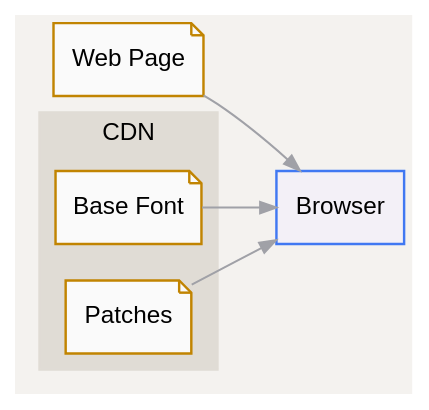
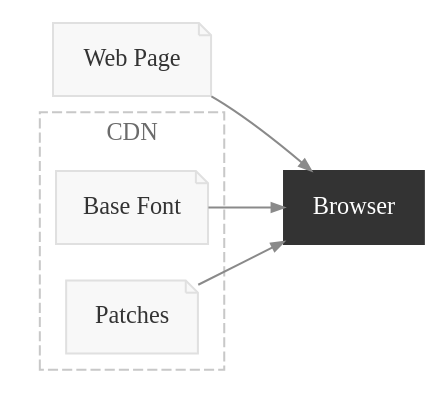
Before and after one commit to wmedrano/wmedrano.dev: the second of 2 diagrams in content/post/2026/04/11/fonts-q1.org, drawn with Graphviz. The commit also changed other lines of this file and 38 other files, not shown here.

```diff
--- a/content/post/2026/04/11/fonts-q1.org
+++ b/content/post/2026/04/11/fonts-q1.org
@@ -203,27 +203,28 @@
 #+BEGIN_SRC dot :file ift-client.svg :exports results
 digraph IFTClient {
   rankdir=LR;
-  bgcolor="#f4f2ef";
-  node [fontname="sans-serif", fontsize=12, style="filled", penwidth=1.2];
-  edge [color="#a0a1a7", arrowsize=0.8];
+  bgcolor="white";
+  // Diagram house style: nodes look like code blocks; the active node is solid ink.
+  node [fontname="Spectral, Georgia, serif", fontsize=12, fontcolor="#333333", style=filled, fillcolor="#f8f8f8", color="#e0e0e0", penwidth=1, margin="0.14,0.06"];
+  edge [color="#8a8a8a", arrowsize=0.6];
 
-  webpage [label="Web Page", shape=note, fillcolor="#fafafa", color="#c18401"];
-  browser [label="Browser", shape=box, style="filled", fillcolor="#f3f0f7", color="#4078f2"];
+  webpage [label="Web Page", shape=note];
+  browser [label="Browser", shape=box, style=filled, fillcolor="#333333", color="#333333", fontcolor="white"];
 
   subgraph cluster_cdn {
     label="CDN";
-    fontname="sans-serif";
+    fontname="Spectral, Georgia, serif";
     fontsize=12;
-    style="filled";
-    bgcolor="#f4f2ef";
-    color="#e0dcd5";
+    fontcolor="#6b6b6b";
+    style=dashed;
+    color="#c8c8c8";
 
-    basefont [label="Base Font", shape=note, fillcolor="#fafafa", color="#c18401"];
-    patches  [label="Patches",   shape=note, fillcolor="#fafafa", color="#c18401"];
+    basefont [label="Base Font", shape=note];
+    patches  [label="Patches",   shape=note];
   }
 
   webpage -> browser;
   basefont -> browser;
   patches -> browser;
 }
 #+END_SRC
```
